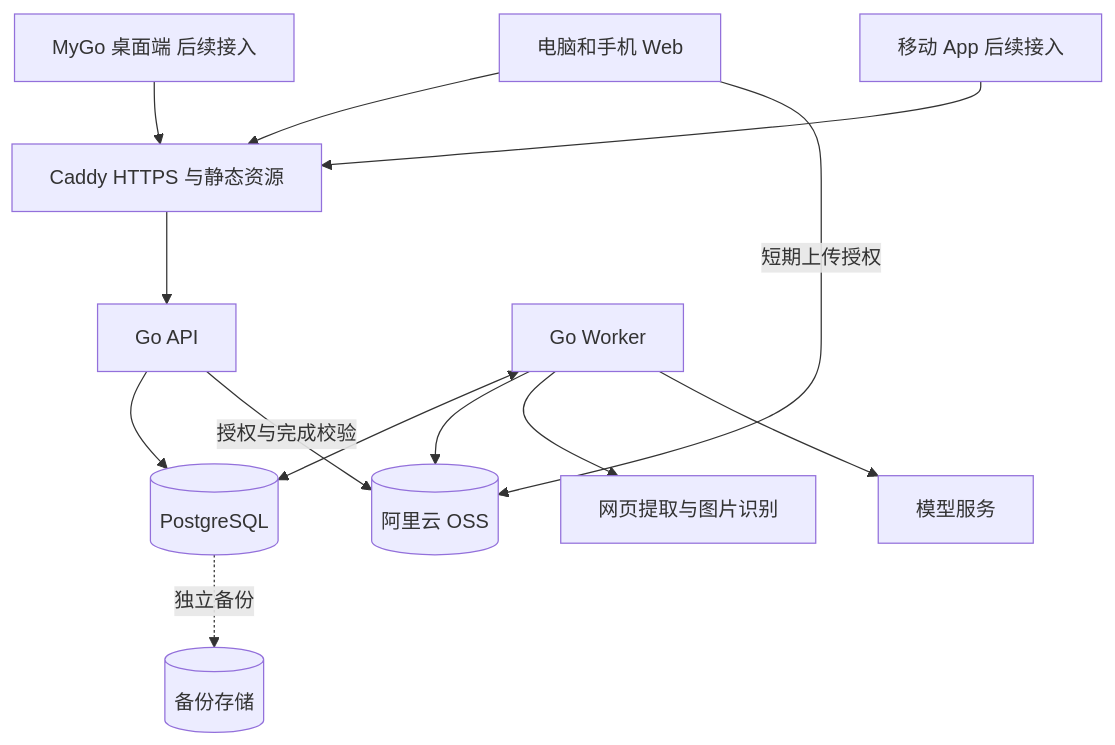
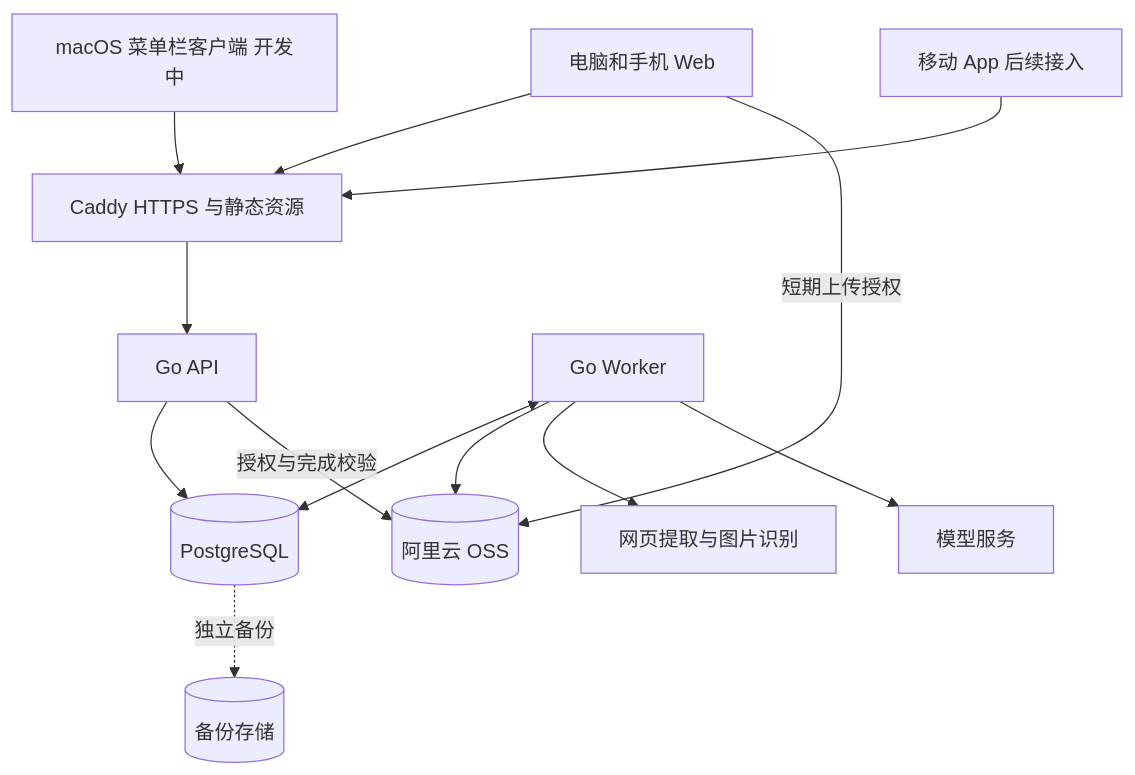
The diagram in docs/ARCHITECTURE.md (st2020-2020/spark), drawn with Mermaid before and after one commit. The commit also changed other lines of this file and 2 other files, not shown here.

First line of the commit message:
docs(desktop): define macOS capture and device session delivery

````diff
--- a/docs/ARCHITECTURE.md
+++ b/docs/ARCHITECTURE.md
@@ -11,15 +11,15 @@
 ```mermaid
 flowchart TB
     Browser[电脑和手机 Web] --> Edge[Caddy HTTPS 与静态资源]
-    Desktop[MyGo 桌面端 后续接入] --> Edge
+    Desktop[macOS 菜单栏客户端 开发中] --> Edge
     Mobile[移动 App 后续接入] --> Edge
     Edge --> API[Go API]
     API --> DB[(PostgreSQL)]
     Worker[Go Worker] <--> DB
     Browser -->|短期上传授权| OSS[(阿里云 OSS)]
     API -->|授权与完成校验| OSS
     Worker --> OSS
     Worker --> Extract[网页提取与图片识别]
     Worker --> Model[模型服务]
     DB -. 独立备份 .-> Backup[(备份存储)]
 ```
````
